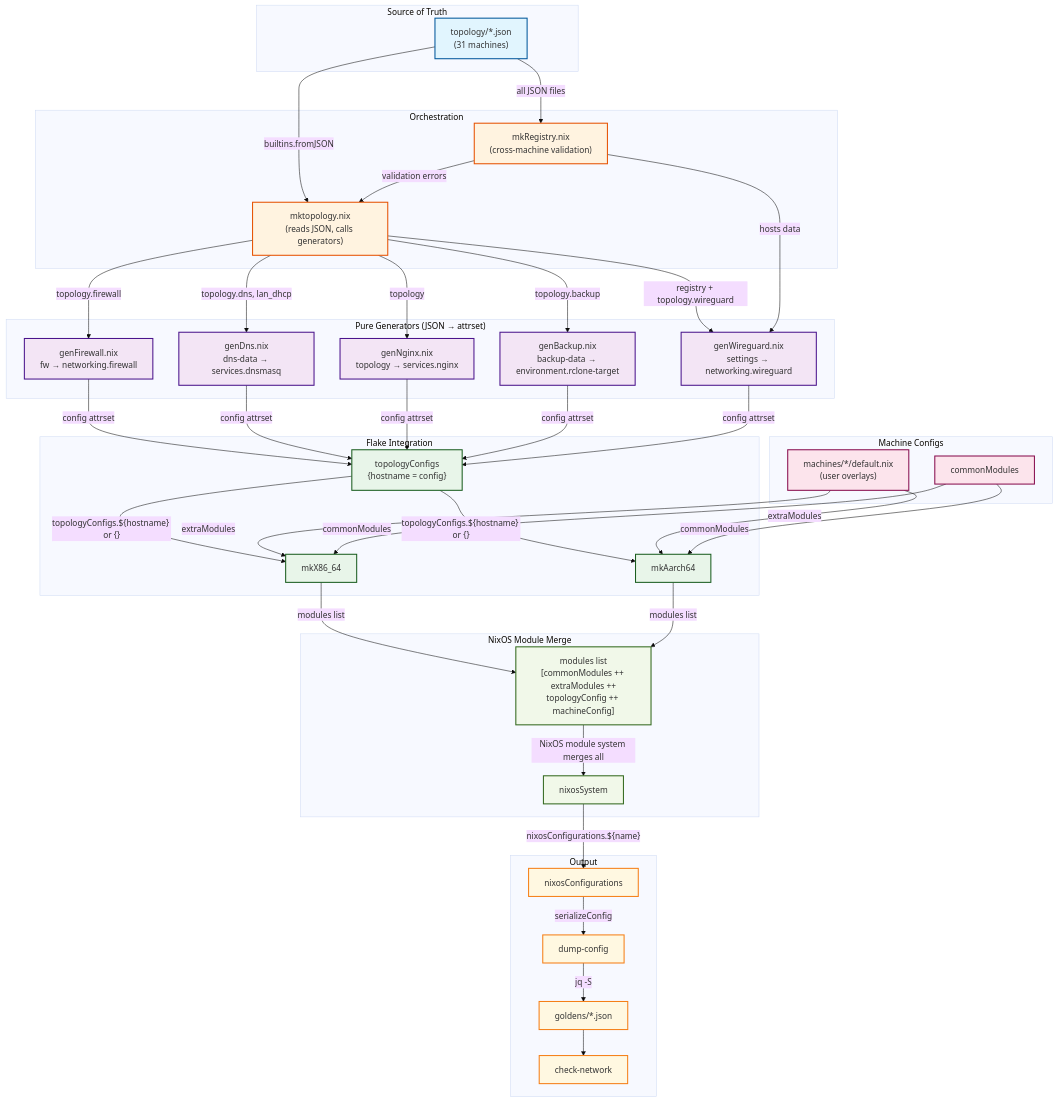
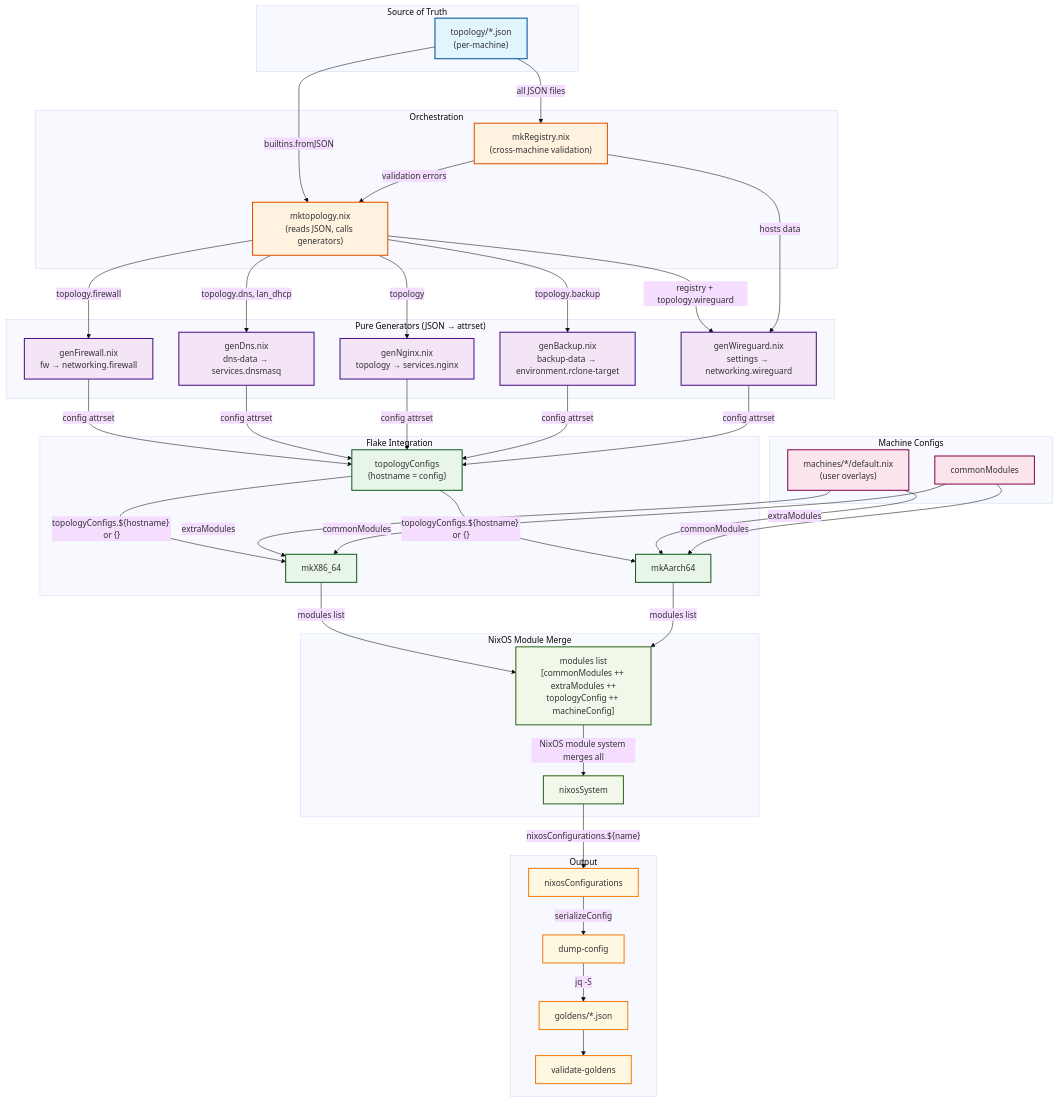
The diagram in documentation/topology-architecture.md (DarthPJB/NixOS-Configuration), drawn with Mermaid (base theme) before and after one commit. The commit also changed other lines of this file and 13 other files, not shown here.

````diff
--- a/documentation/topology-architecture.md
+++ b/documentation/topology-architecture.md
@@ -9,7 +9,7 @@
 ```mermaid
 graph TD
     subgraph "Source of Truth"
-        J["topology/*.json<br/>(31 machines)"]
+        J["topology/*.json<br/>(per-machine)"]
     end
     
     subgraph "Pure Generators (JSON → attrset)"
@@ -44,7 +44,7 @@
     subgraph "Output"
         NC["nixosConfigurations"]
         GN2["goldens/*.json"]
-        CN["check-network"]
+        CN["validate-goldens"]
         DF["dump-config"]
     end
 
````
